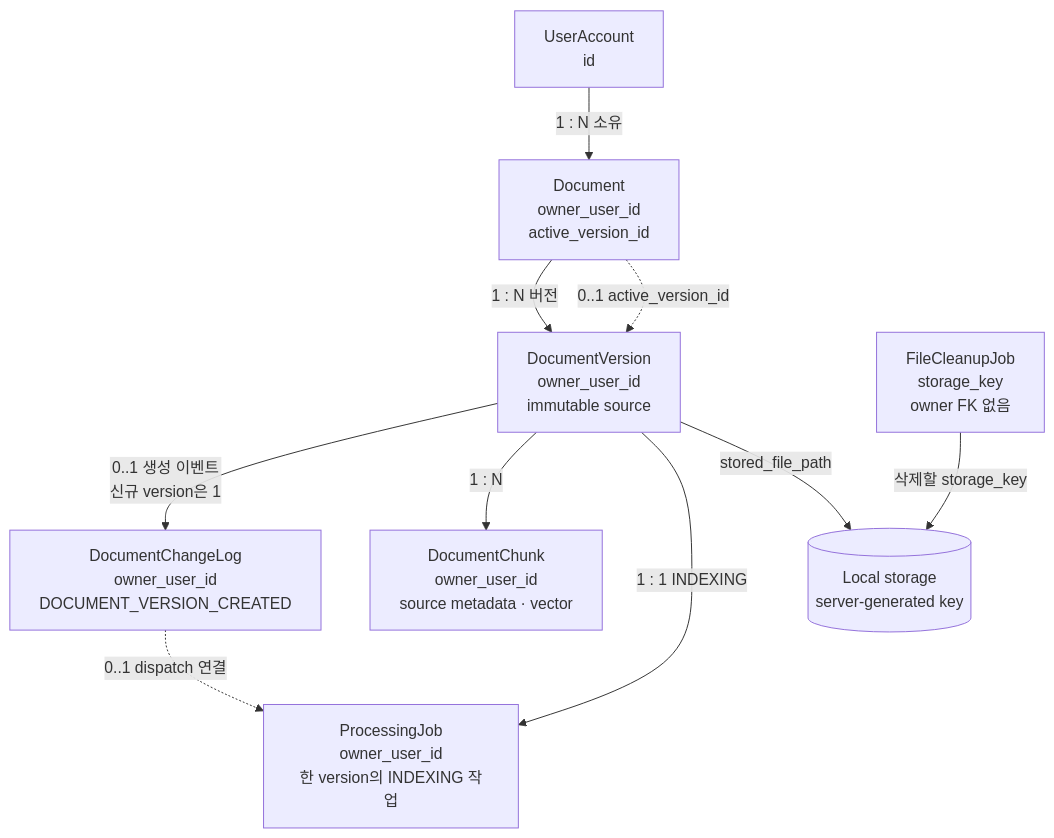
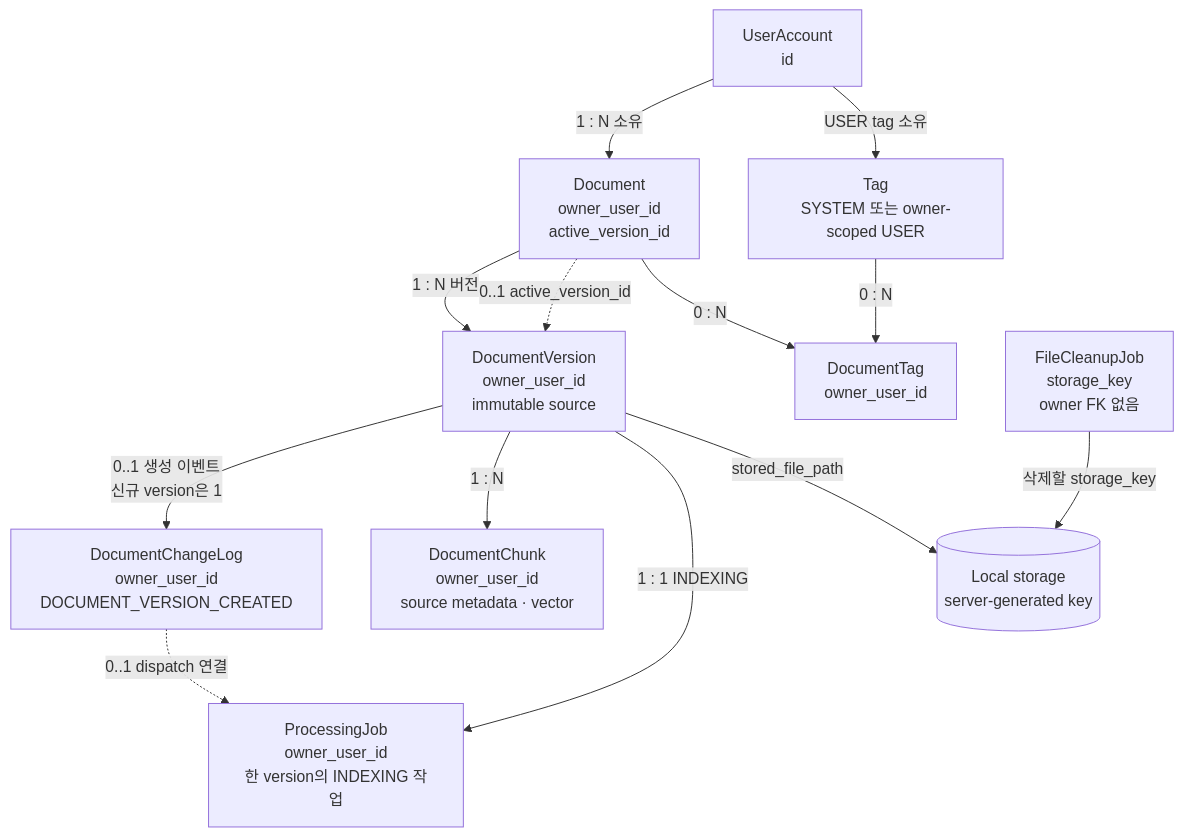
One commit to jaemin-devlog/PRIZM changed the fourth of 7 diagrams in docs/architecture.md. Above: the diagram before and after it, drawn with Mermaid. The commit also changed other lines of this file and 88 other files, not shown here.

````diff
--- a/docs/architecture.md
+++ b/docs/architecture.md
@@ -343,21 +342,26 @@
 ```mermaid
 flowchart TD
     U["UserAccount<br/>id"]
     D["Document<br/>owner_user_id<br/>active_version_id"]
     V["DocumentVersion<br/>owner_user_id<br/>immutable source"]
     L["DocumentChangeLog<br/>owner_user_id<br/>DOCUMENT_VERSION_CREATED"]
     C["DocumentChunk<br/>owner_user_id<br/>source metadata · vector"]
     P["ProcessingJob<br/>owner_user_id<br/>한 version의 INDEXING 작업"]
+    T["Tag<br/>SYSTEM 또는 owner-scoped USER"]
+    DT["DocumentTag<br/>owner_user_id"]
     F["FileCleanupJob<br/>storage_key<br/>owner FK 없음"]
     S[("Local storage<br/>server-generated key")]
 
     U -->|"1 : N 소유"| D
     D -->|"1 : N 버전"| V
     D -.->|"0..1 active_version_id"| V
     V -->|"0..1 생성 이벤트<br/>신규 version은 1"| L
     L -.->|"0..1 dispatch 연결"| P
     V -->|"1 : N"| C
     V -->|"1 : 1 INDEXING"| P
+    U -->|"USER tag 소유"| T
+    D -->|"0 : N"| DT
+    T -->|"0 : N"| DT
     V -->|"stored_file_path"| S
     F -->|"삭제할 storage_key"| S
 ```
````
